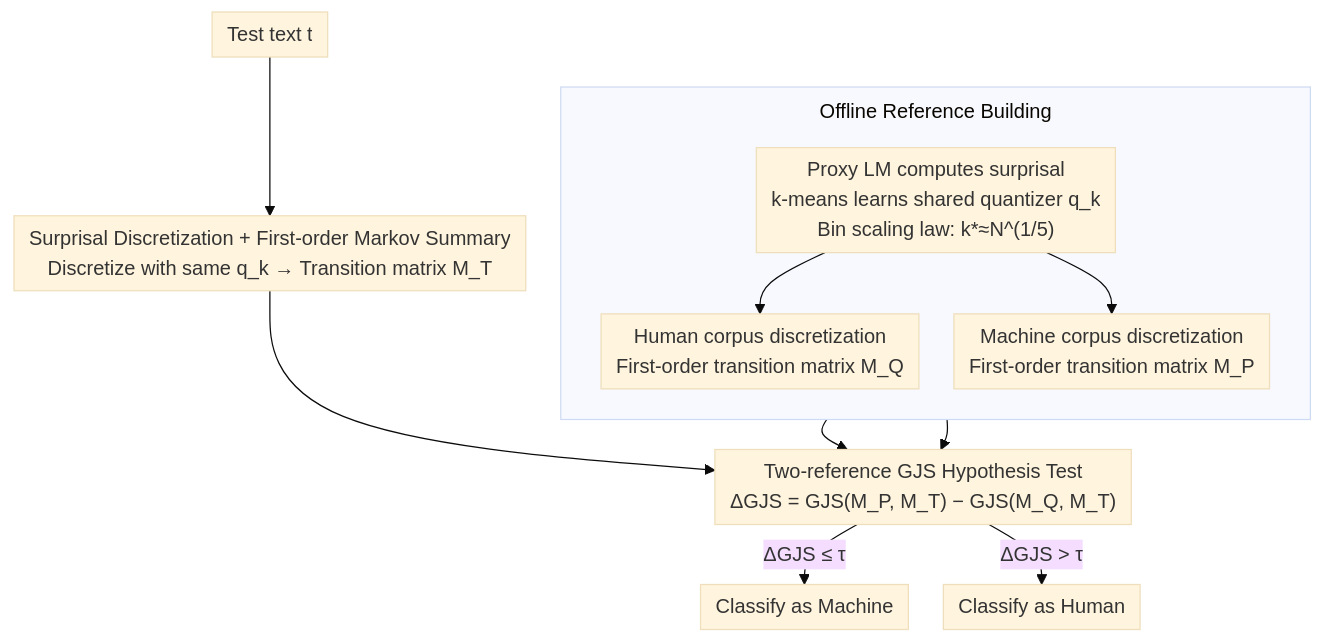
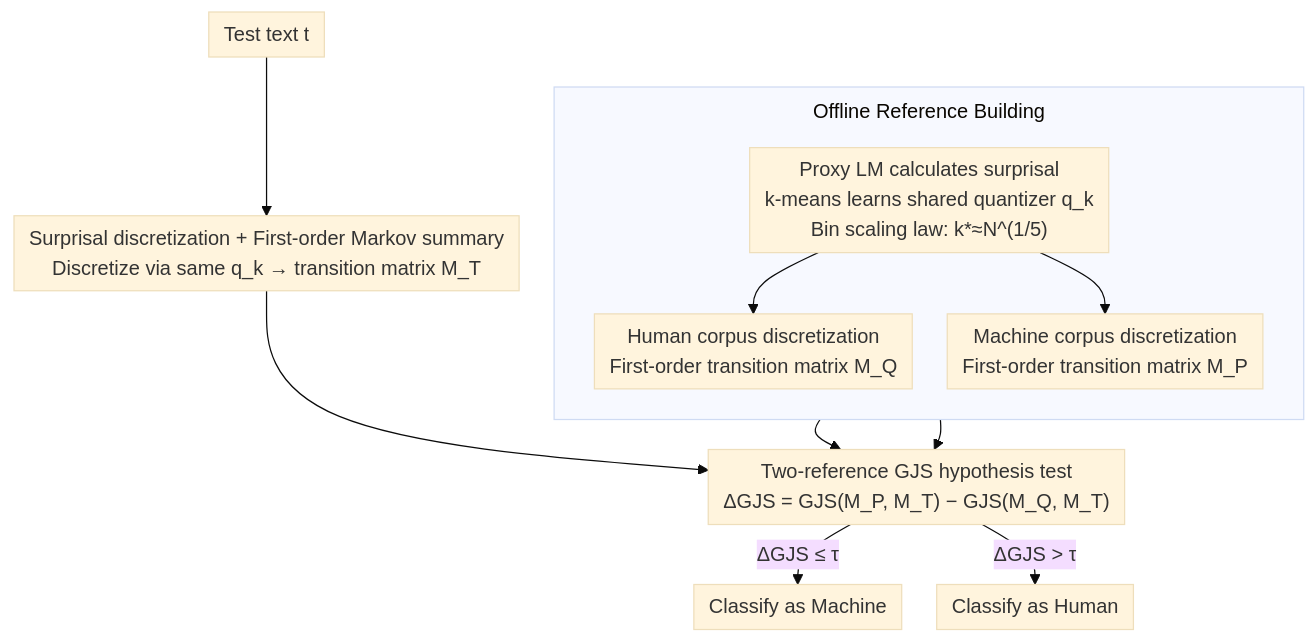
One commit to zhaoyang97/Paper-Notes-en changed the diagram in docs/ICML2026/aigc_detection/black-box_detection_of_llm-generated_text_using_generalized_jensen-shannon_diver.md. Above: the diagram before and after it, drawn with Mermaid (base theme). The commit also changed other lines of this file and 5084 other files, not shown here.

````diff
--- a/docs/ICML2026/aigc_detection/black-box_detection_of_llm-generated_text_using_generalized_jensen-shannon_diver.md
+++ b/docs/ICML2026/aigc_detection/black-box_detection_of_llm-generated_text_using_generalized_jensen-shannon_diver.md
@@ -45,16 +45,16 @@
 ```mermaid
 %%{init: {'flowchart': {'rankSpacing': 24, 'nodeSpacing': 28, 'padding': 6, 'wrappingWidth': 400, 'subGraphTitleMargin': {'top': 8, 'bottom': 16}}}}%%
 flowchart TD
     subgraph OFF["Offline Reference Building"]
         direction TB
-        QK["Proxy LM computes surprisal<br/>k-means learns shared quantizer q_k<br/>Bin scaling law: k*≈N^(1/5)"]
+        QK["Proxy LM calculates surprisal<br/>k-means learns shared quantizer q_k<br/>Bin scaling law: k*≈N^(1/5)"]
         QK --> MQ["Human corpus discretization<br/>First-order transition matrix M_Q"]
         QK --> MP["Machine corpus discretization<br/>First-order transition matrix M_P"]
     end
-    T["Test text t"] --> ST["Surprisal Discretization + First-order Markov Summary<br/>Discretize with same q_k → Transition matrix M_T"]
-    ST --> GJS["Two-reference GJS Hypothesis Test<br/>ΔGJS = GJS(M_P, M_T) − GJS(M_Q, M_T)"]
+    T["Test text t"] --> ST["Surprisal discretization + First-order Markov summary<br/>Discretize via same q_k → transition matrix M_T"]
+    ST --> GJS["Two-reference GJS hypothesis test<br/>ΔGJS = GJS(M_P, M_T) − GJS(M_Q, M_T)"]
     MQ --> GJS
     MP --> GJS
     GJS -->|"ΔGJS ≤ τ"| MACH["Classify as Machine"]
     GJS -->|"ΔGJS > τ"| HUM["Classify as Human"]
 ```
````
